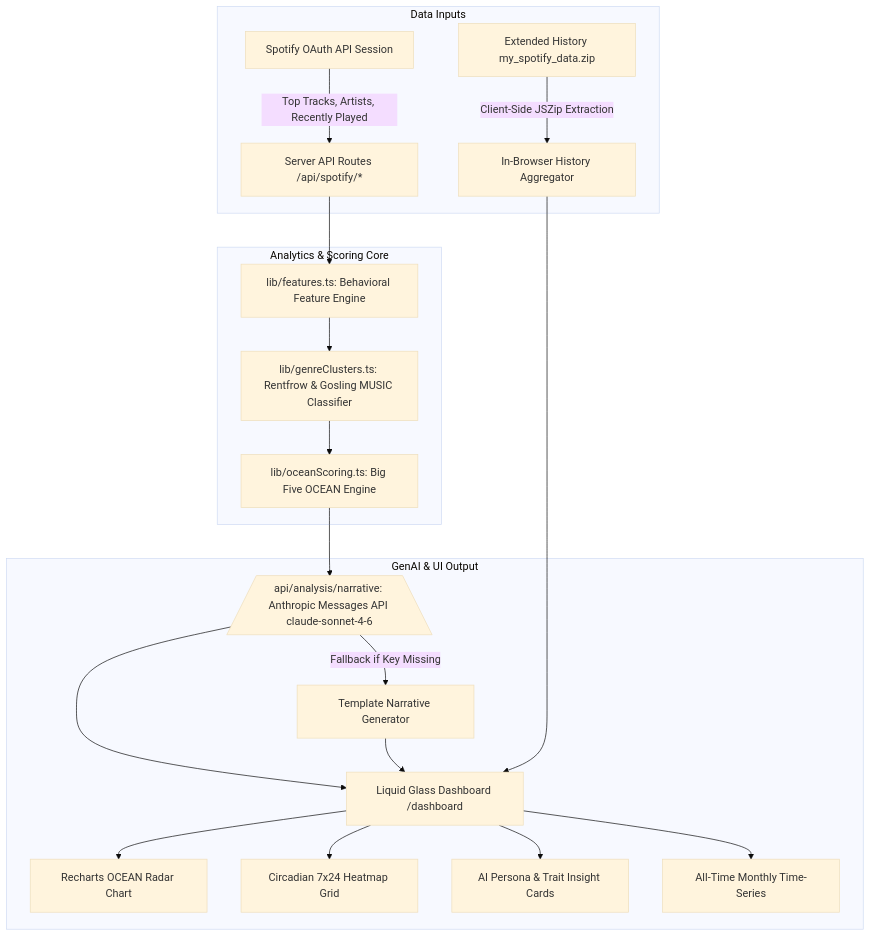
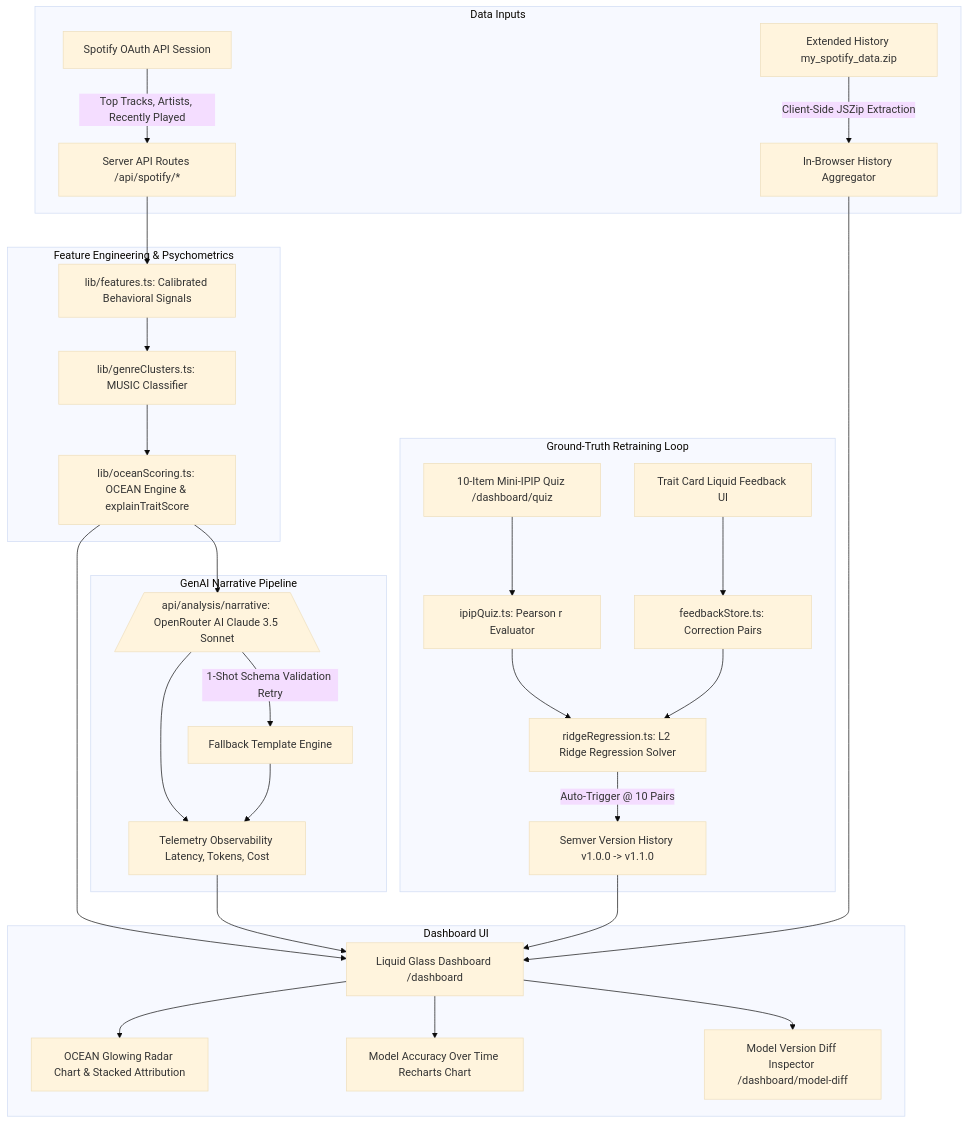
Before and after one commit to GunaTeja777/SpotiGlory: the diagram in README.md, drawn with Mermaid (base theme). The commit also changed other lines of this file, not shown here.

Commit message:
docs: update README with advanced features, OpenRouter integration, and ML model documentation

````diff
--- a/README.md
+++ b/README.md
@@ -70,23 +92,33 @@
 ```mermaid
 flowchart TD
     subgraph Data Inputs
         A[Spotify OAuth API Session] -->|Top Tracks, Artists, Recently Played| B[Server API Routes /api/spotify/*]
         C[Extended History my_spotify_data.zip] -->|Client-Side JSZip Extraction| D[In-Browser History Aggregator]
     end
 
-    subgraph Analytics & Scoring Core
-        B --> E[lib/features.ts: Behavioral Feature Engine]
-        E --> F[lib/genreClusters.ts: Rentfrow & Gosling MUSIC Classifier]
-        F --> G[lib/oceanScoring.ts: Big Five OCEAN Engine]
+    subgraph Feature Engineering & Psychometrics
+        B --> E[lib/features.ts: Calibrated Behavioral Signals]
+        E --> F[lib/genreClusters.ts: MUSIC Classifier]
+        F --> G[lib/oceanScoring.ts: OCEAN Engine & explainTraitScore]
     end
 
-    subgraph GenAI & UI Output
-        G --> H[/api/analysis/narrative: Anthropic Messages API claude-sonnet-4-6\]
-        H -->|Fallback if Key Missing| I[Template Narrative Generator]
-        H & I & D --> J[Liquid Glass Dashboard /dashboard]
-        J --> K[Recharts OCEAN Radar Chart]
-        J --> L[Circadian 7x24 Heatmap Grid]
-        J --> M[AI Persona & Trait Insight Cards]
-        J --> N[All-Time Monthly Time-Series]
+    subgraph GenAI Narrative Pipeline
+        G --> H[/api/analysis/narrative: OpenRouter AI Claude 3.5 Sonnet\]
+        H -->|1-Shot Schema Validation Retry| I[Fallback Template Engine]
+        H & I --> J[Telemetry Observability Latency, Tokens, Cost]
+    end
+
+    subgraph Ground-Truth Retraining Loop
+        K[10-Item Mini-IPIP Quiz /dashboard/quiz] --> L[ipipQuiz.ts: Pearson r Evaluator]
+        M[Trait Card Liquid Feedback UI] --> N[feedbackStore.ts: Correction Pairs]
+        L & N --> O[ridgeRegression.ts: L2 Ridge Regression Solver]
+        O -->|Auto-Trigger @ 10 Pairs| P[Semver Version History v1.0.0 -> v1.1.0]
+    end
+
+    subgraph Dashboard UI
+        G & J & P & D --> Q[Liquid Glass Dashboard /dashboard]
+        Q --> R[OCEAN Glowing Radar Chart & Stacked Attribution]
+        Q --> S[Model Accuracy Over Time Recharts Chart]
+        Q --> T[Model Version Diff Inspector /dashboard/model-diff]
     end
 ```
````
